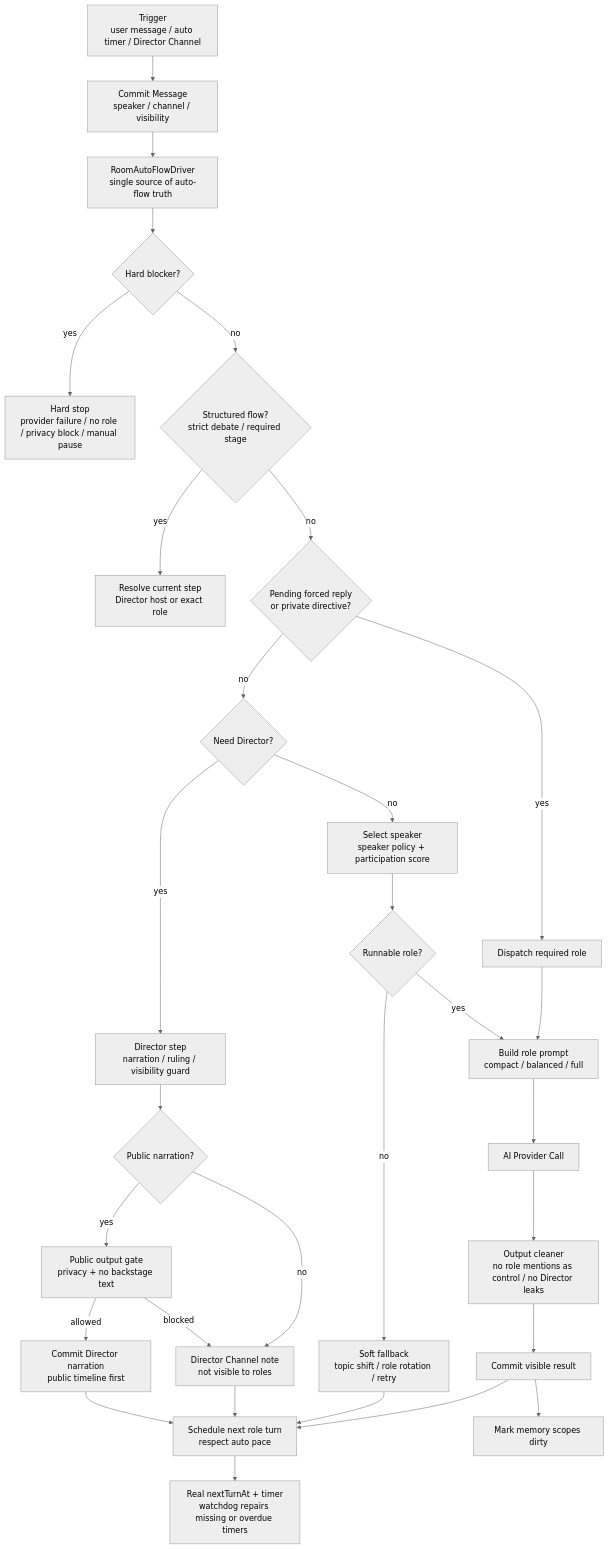
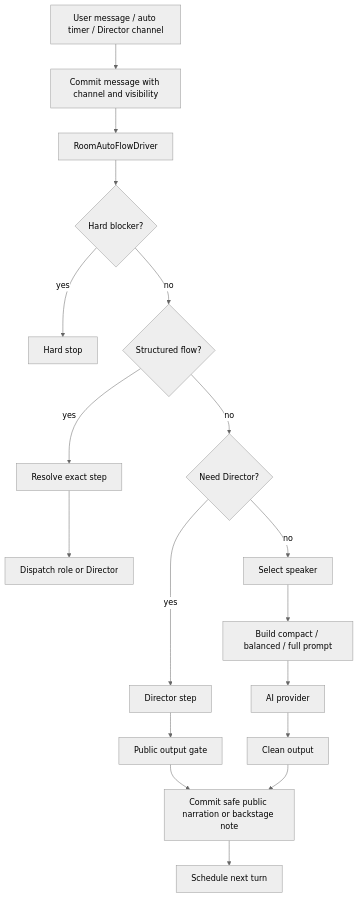
The second of 4 diagrams in docs/architecture.md (98k4jd2qgt-ship-it/CastRoom-AI), drawn with Mermaid (neutral theme) before and after one commit. The commit also changed other lines of this file and 6 other files, not shown here.

Commit message:
docs: simplify architecture documentation

````diff
--- a/docs/architecture.md
+++ b/docs/architecture.md
@@ -79,39 +28,20 @@
 ```mermaid
 flowchart TD
-  trigger["Trigger<br/>user message / auto timer / Director Channel"] --> commit["Commit Message<br/>speaker / channel / visibility"]
-  commit --> flow["RoomAutoFlowDriver<br/>single source of auto-flow truth"]
-
-  flow --> hard{"Hard blocker?"}
-  hard -->|yes| stop["Hard stop<br/>provider failure / no role / privacy block / manual pause"]
-  hard -->|no| strict{"Structured flow?<br/>strict debate / required stage"}
-
-  strict -->|yes| step["Resolve current step<br/>Director host or exact role"]
-  strict -->|no| pending{"Pending forced reply<br/>or private directive?"}
-
-  pending -->|yes| forced["Dispatch required role"]
-  pending -->|no| needDirector{"Need Director?"}
-
-  needDirector -->|yes| directorStep["Director step<br/>narration / ruling / visibility guard"]
-  needDirector -->|no| speaker["Select speaker<br/>speaker policy + participation score"]
-
-  speaker --> found{"Runnable role?"}
-  found -->|yes| prompt["Build role prompt<br/>compact / balanced / full"]
-  found -->|no| fallback["Soft fallback<br/>topic shift / role rotation / retry"]
-
-  directorStep --> publicNarration{"Public narration?"}
-  publicNarration -->|yes| gate["Public output gate<br/>privacy + no backstage text"]
-  gate -->|allowed| narration["Commit Director narration<br/>public timeline first"]
-  gate -->|blocked| directorNote["Director Channel note<br/>not visible to roles"]
-  publicNarration -->|no| directorNote
-
-  narration --> scheduleNext["Schedule next role turn<br/>respect auto pace"]
-  directorNote --> scheduleNext
-  forced --> prompt
-  fallback --> scheduleNext
-  prompt --> provider["AI Provider Call"]
-  provider --> clean["Output cleaner<br/>no role mentions as control / no Director leaks"]
-  clean --> timeline["Commit visible result"]
-  timeline --> memoryDirty["Mark memory scopes dirty"]
-  timeline --> scheduleNext
-  scheduleNext --> timer["Real nextTurnAt + timer<br/>watchdog repairs missing or overdue timers"]
+  trigger["User message / auto timer / Director channel"] --> commit["Commit message with channel and visibility"]
+  commit --> driver["RoomAutoFlowDriver"]
+  driver --> hard{"Hard blocker?"}
+  hard -->|yes| stop["Hard stop"]
+  hard -->|no| structured{"Structured flow?"}
+  structured -->|yes| step["Resolve exact step"]
+  structured -->|no| directorNeed{"Need Director?"}
+  directorNeed -->|yes| directorStep["Director step"]
+  directorNeed -->|no| speaker["Select speaker"]
+  step --> dispatch["Dispatch role or Director"]
+  directorStep --> gate["Public output gate"]
+  speaker --> prompt["Build compact / balanced / full prompt"]
+  gate --> timeline["Commit safe public narration or backstage note"]
+  prompt --> provider["AI provider"]
+  provider --> clean["Clean output"]
+  clean --> timeline
+  timeline --> next["Schedule next turn"]
 ```
````
